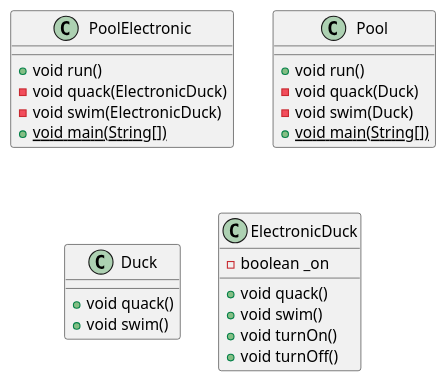
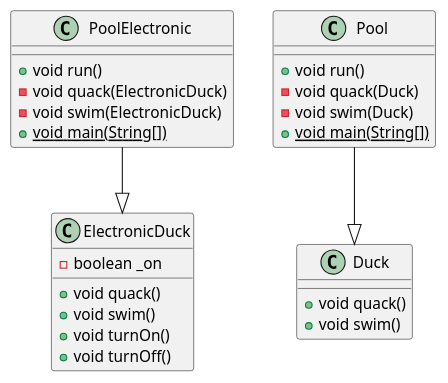
The diagram in LSPRef.puml (mouralisandra/S.O.L.I.D), drawn with PlantUML before and after one commit. The commit also changed 2 other files, not shown here.

```diff
--- a/LSPRef.puml
+++ b/LSPRef.puml
@@ -1,25 +1,31 @@
 @startuml
 class PoolElectronic {
-+ void run()
-- void quack(ElectronicDuck)
-- void swim(ElectronicDuck)
-+ {static} void main(String[])
+    + void run()
+    - void quack(ElectronicDuck)
+    - void swim(ElectronicDuck)
+    + {static} void main(String[])
 }
+
 class Pool {
-+ void run()
-- void quack(Duck)
-- void swim(Duck)
-+ {static} void main(String[])
+    + void run()
+    - void quack(Duck)
+    - void swim(Duck)
+    + {static} void main(String[])
 }
+
 class Duck {
-+ void quack()
-+ void swim()
+    + void quack()
+    + void swim()
 }
+
 class ElectronicDuck {
-- boolean _on
-+ void quack()
-+ void swim()
-+ void turnOn()
-+ void turnOff()
+    - boolean _on
+    + void quack()
+    + void swim()
+    + void turnOn()
+    + void turnOff()
 }
+
+Pool --|> Duck
+PoolElectronic --|> ElectronicDuck
 @enduml
```
